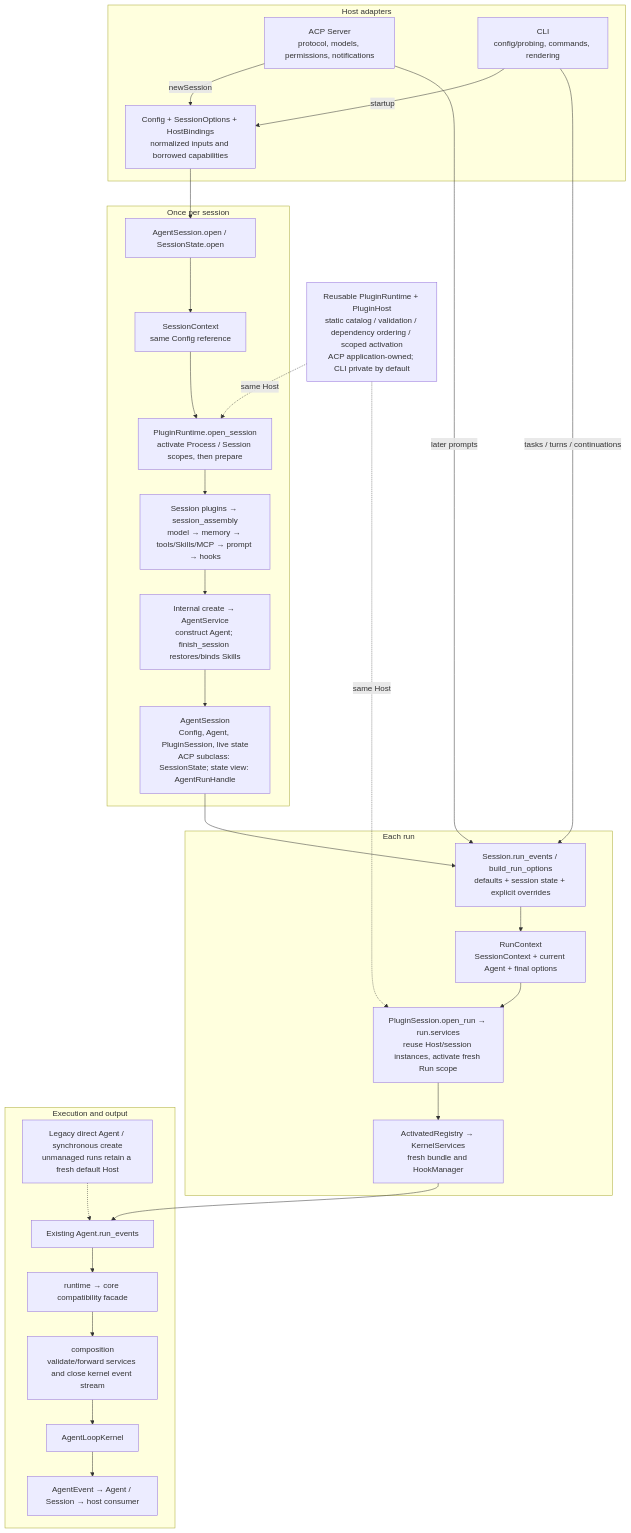
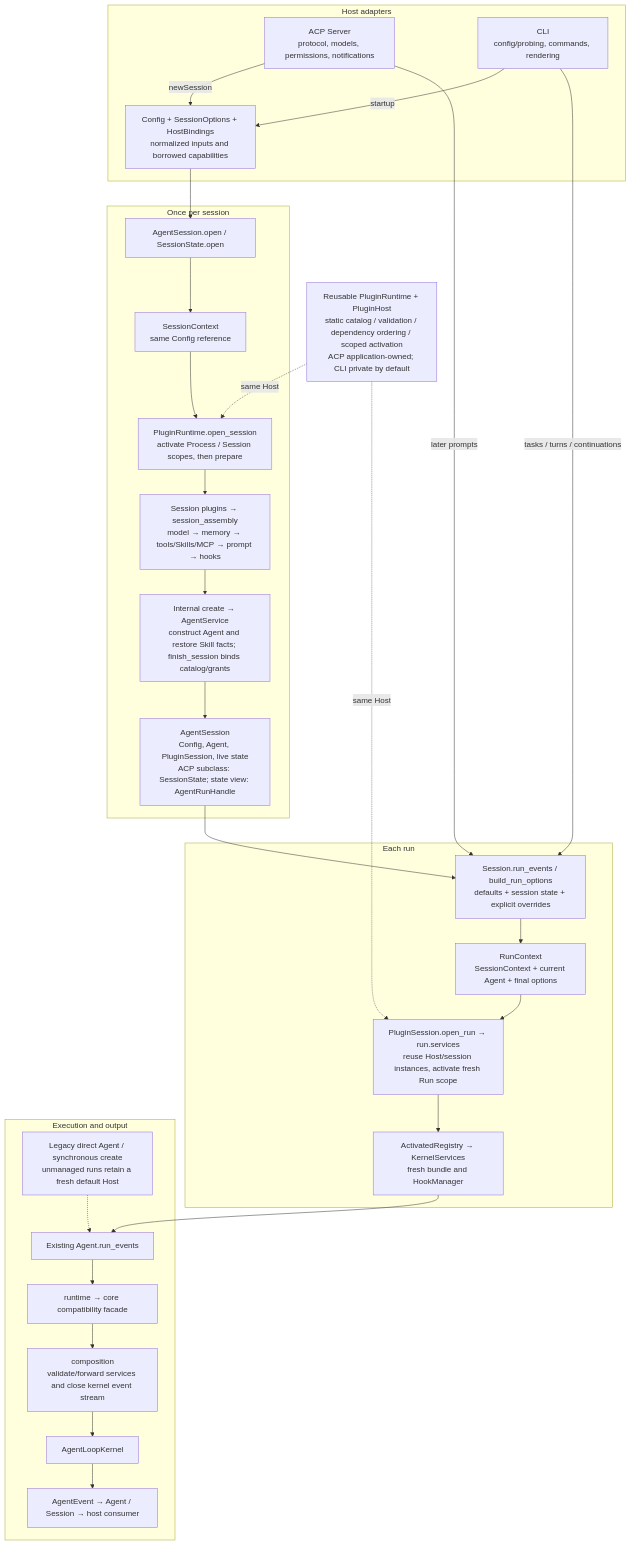
The diagram in docs/AGENT_SESSION.md (KRISACHAN/Box-Agent), drawn with Mermaid before and after one commit. The commit also changed 16 other files, not shown here.

````diff
--- a/docs/AGENT_SESSION.md
+++ b/docs/AGENT_SESSION.md
@@ -11,41 +11,41 @@
 ```mermaid
 flowchart TB
     subgraph HOST["Host adapters"]
         ACP["ACP Server<br/>protocol, models, permissions, notifications"]
         CLI["CLI<br/>config/probing, commands, rendering"]
         INPUT["Config + SessionOptions + HostBindings<br/>normalized inputs and borrowed capabilities"]
         ACP -->|"newSession"| INPUT
         CLI -->|"startup"| INPUT
     end
     RUNTIME["Reusable PluginRuntime + PluginHost<br/>static catalog / validation / dependency ordering / scoped activation<br/>ACP application-owned; CLI private by default"]
     subgraph CREATE["Once per session"]
         OPEN["AgentSession.open / SessionState.open"]
         CONTEXT["SessionContext<br/>same Config reference"]
         PREP["PluginRuntime.open_session<br/>activate Process / Session scopes, then prepare"]
         ASSEMBLY["Session plugins → session_assembly<br/>model → memory → tools/Skills/MCP → prompt → hooks"]
-        FACTORY["Internal create → AgentService<br/>construct Agent; finish_session restores/binds Skills"]
+        FACTORY["Internal create → AgentService<br/>construct Agent and restore Skill facts; finish_session binds catalog/grants"]
         SESSION["AgentSession<br/>Config, Agent, PluginSession, live state<br/>ACP subclass: SessionState; state view: AgentRunHandle"]
         INPUT --> OPEN --> CONTEXT --> PREP --> ASSEMBLY --> FACTORY --> SESSION
     end
     subgraph RUN["Each run"]
         OPTIONS["Session.run_events / build_run_options<br/>defaults + session state + explicit overrides"]
         CONTEXT_RUN["RunContext<br/>SessionContext + current Agent + final options"]
         BIND["PluginSession.open_run → run.services<br/>reuse Host/session instances, activate fresh Run scope"]
         SERVICES["ActivatedRegistry → KernelServices<br/>fresh bundle and HookManager"]
         SESSION --> OPTIONS --> CONTEXT_RUN --> BIND --> SERVICES
     end
     subgraph EXEC["Execution and output"]
         AGENT["Existing Agent.run_events"]
         BRIDGE["runtime → core compatibility facade"]
         COMPOSE["composition<br/>validate/forward services and close kernel event stream"]
         KERNEL["AgentLoopKernel"]
         EVENTS["AgentEvent → Agent / Session → host consumer"]
         LEGACY["Legacy direct Agent / synchronous create<br/>unmanaged runs retain a fresh default Host"]
         SERVICES --> AGENT --> BRIDGE --> COMPOSE --> KERNEL --> EVENTS
         LEGACY -.-> AGENT
     end
     RUNTIME -.->|"same Host"| PREP
     RUNTIME -.->|"same Host"| BIND
     ACP -->|"later prompts"| OPTIONS
     CLI -->|"tasks / turns / continuations"| OPTIONS
 ```
````
